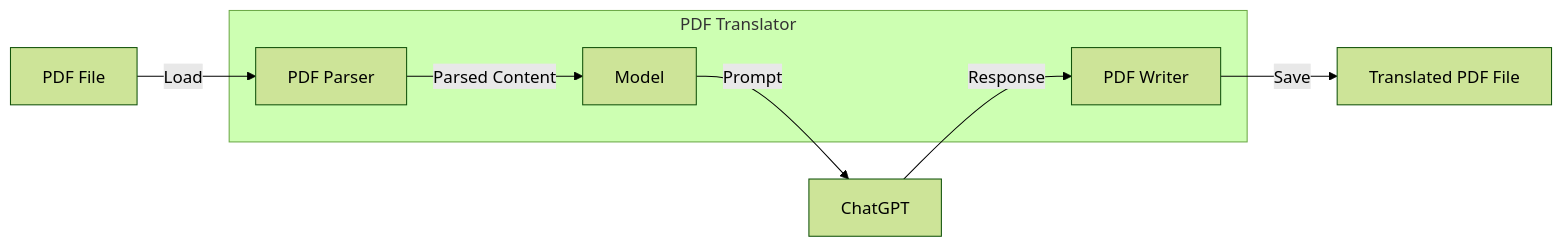
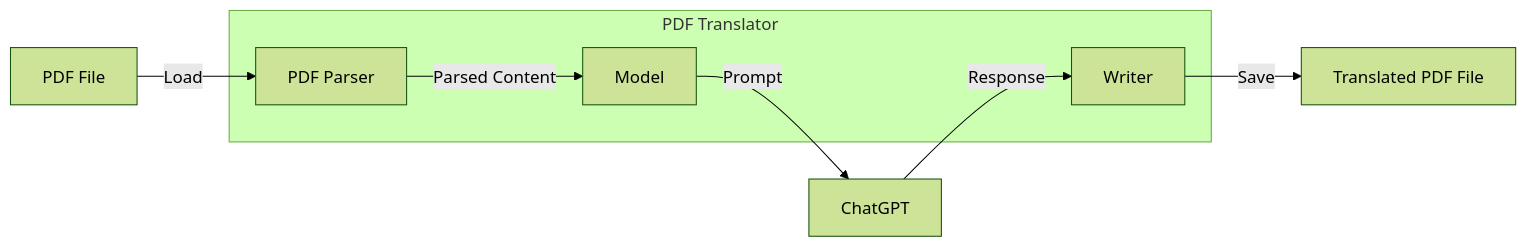
The first of 4 diagrams in openai-translator/ai_translator/summary.md (richzw/openai-quickstart), drawn with Mermaid (forest theme) before and after one commit. The commit also changed other lines of this file, not shown here.

````diff
--- a/openai-translator/ai_translator/summary.md
+++ b/openai-translator/ai_translator/summary.md
@@ -11,10 +12,10 @@
   ```mermaid
     graph LR
     0[PDF File] -- Load --> A1[PDF Parser] 
     A2[Model] -- Prompt --> B[ChatGPT]
-    B[ChatGPT] -- Response --> A3[PDF Writer] -- Save --> D[Translated PDF File]
+    B[ChatGPT] -- Response --> A3[Writer] -- Save --> D[Translated PDF File]
     subgraph A[PDF Translator]
      A1[PDF Parser] -- Parsed Content --> A2[Model] 
-     A3[PDF Writer]
+     A3[Writer]
     end
   ```
````
